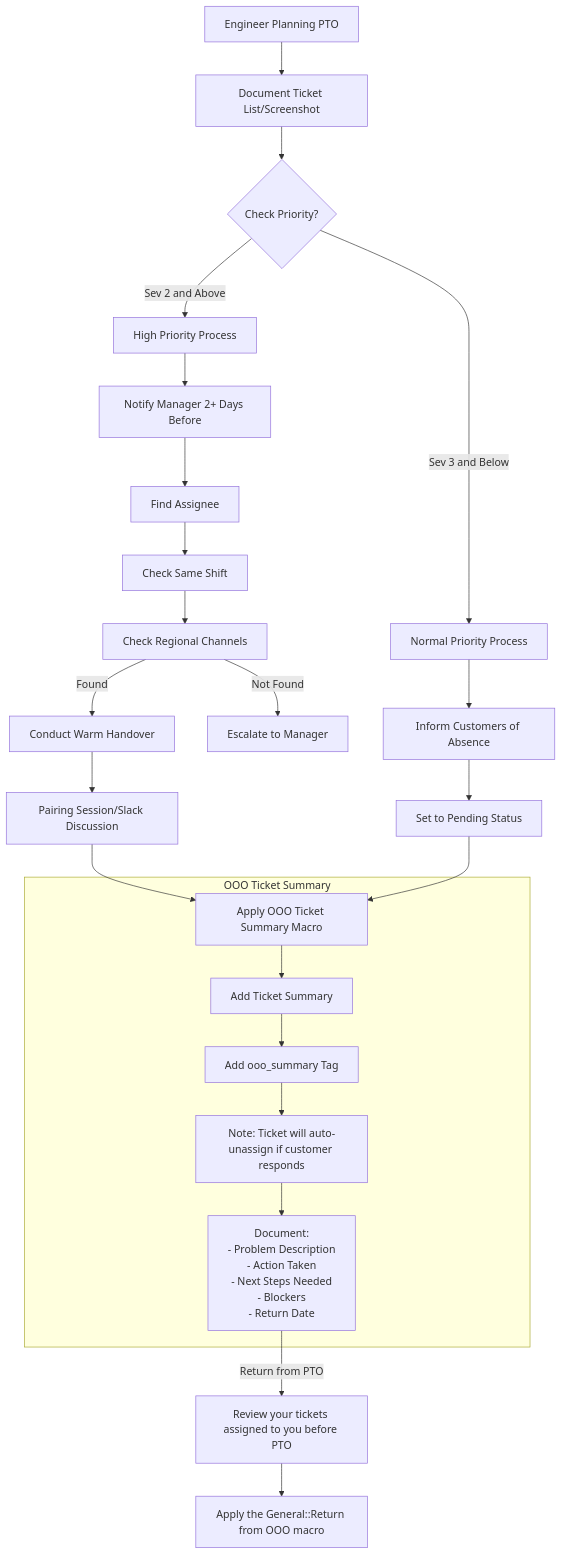
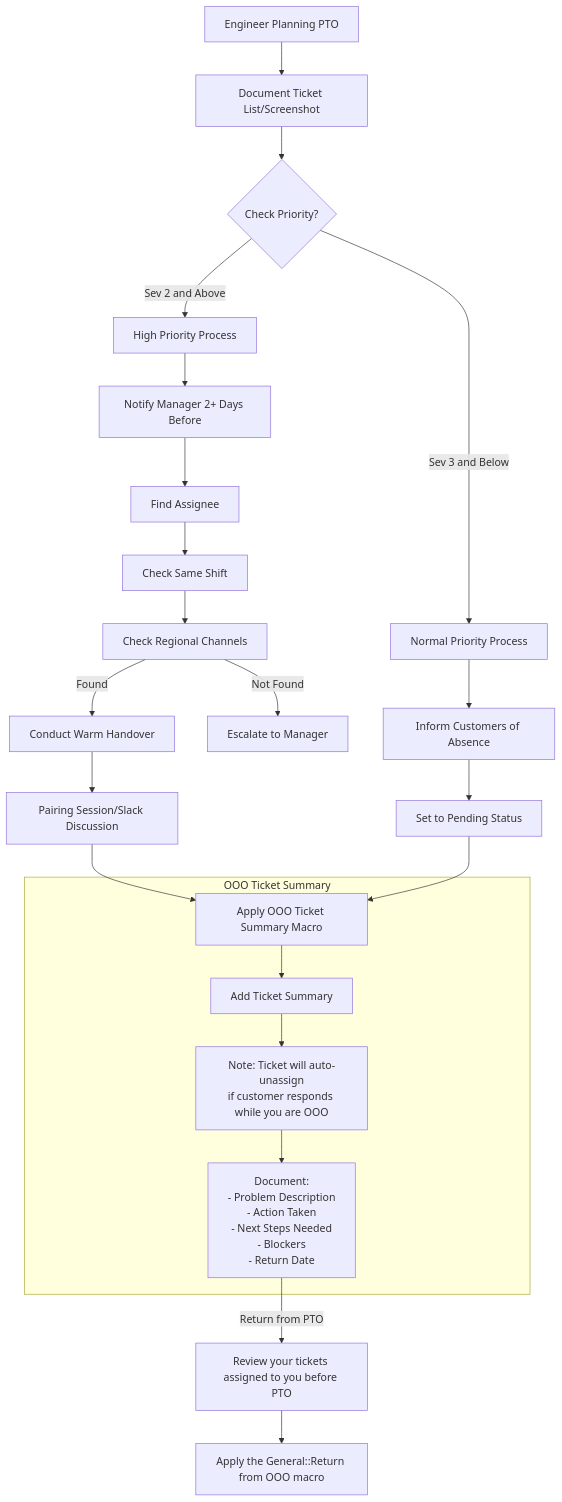
One commit to kyama0/gitlab-handbook-ja changed the diagram in content/handbook/support/workflows/ooo-ticket-management.md. Above: the diagram before and after it, drawn with Mermaid. The commit also changed other lines of this file and 12 other files, not shown here.

````diff
--- a/content/handbook/support/workflows/ooo-ticket-management.md
+++ b/content/handbook/support/workflows/ooo-ticket-management.md
@@ -94,39 +97,38 @@
 ```mermaid
 flowchart TD
     Start[Engineer Planning PTO] --> DocumentTickets[Document Ticket List/Screenshot]
     DocumentTickets --> TicketPriority{Check Priority?}
 
     TicketPriority -->|Sev 2 and Above| HighPriority[High Priority Process]
     TicketPriority -->|Sev 3 and Below| NormalPriority[Normal Priority Process]
 
     HighPriority --> NotifyManager[Notify Manager 2+ Days Before]
     NotifyManager --> FindAssignee[Find Assignee]
 
     FindAssignee --> SameShift[Check Same Shift]
     SameShift --> OtherRegions[Check Regional Channels]
     OtherRegions -->|Found| WarmHandover[Conduct Warm Handover]
     OtherRegions -->|Not Found| EscalateManager[Escalate to Manager]
 
     WarmHandover --> PairingSession[Pairing Session/Slack Discussion]
     PairingSession --> ApplyMacro[Apply OOO Ticket Summary Macro]
 
     NormalPriority --> InformCustomer[Inform Customers of Absence]
     InformCustomer --> SetPending[Set to Pending Status]
     SetPending --> ApplyMacro[Apply OOO Ticket Summary Macro]
 
 
     subgraph MacroDetails [OOO Ticket Summary]
         ApplyMacro --> Summary[Add Ticket Summary]
-        Summary --> AddOOOTag[Add ooo_summary Tag]
-        AddOOOTag --> AutoUnassign[Note: Ticket will auto-unassign if customer responds]
+        Summary --> AutoUnassign["Note: Ticket will auto-unassign<br/>if customer responds while you are OOO"]
         AutoUnassign --> DocumentDetails[Document:
         - Problem Description
         - Action Taken
         - Next Steps Needed
         - Blockers
         - Return Date]
     end
 
     DocumentDetails --> |Return from PTO| ReviewPrePtoTickets[Review your tickets assigned to you before PTO]
     ReviewPrePtoTickets --> ApplyReturnPtoMacro[Apply the General::Return from OOO macro]
 ```
````
